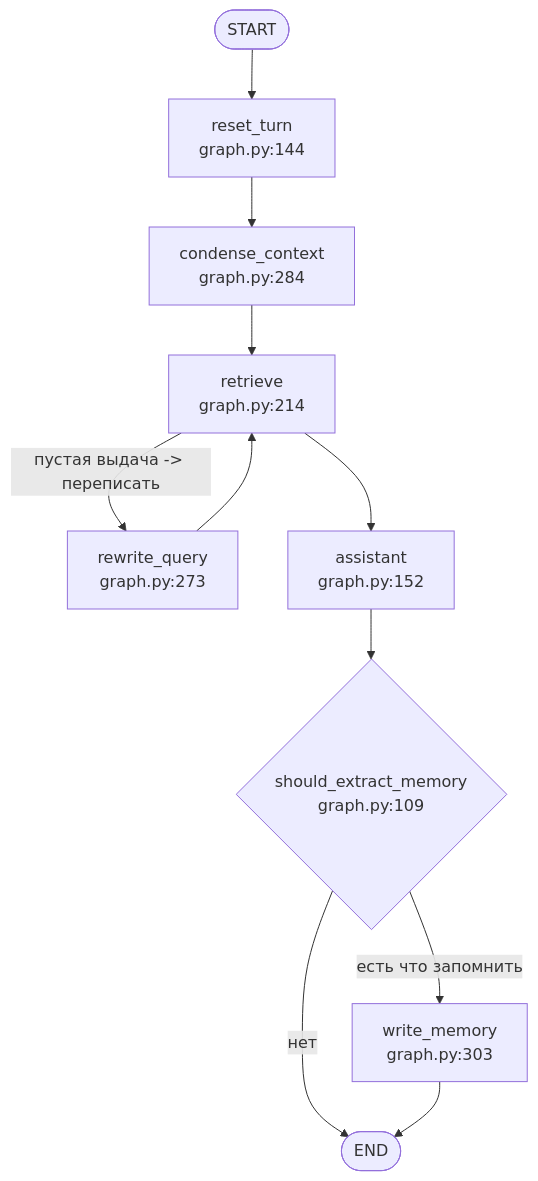
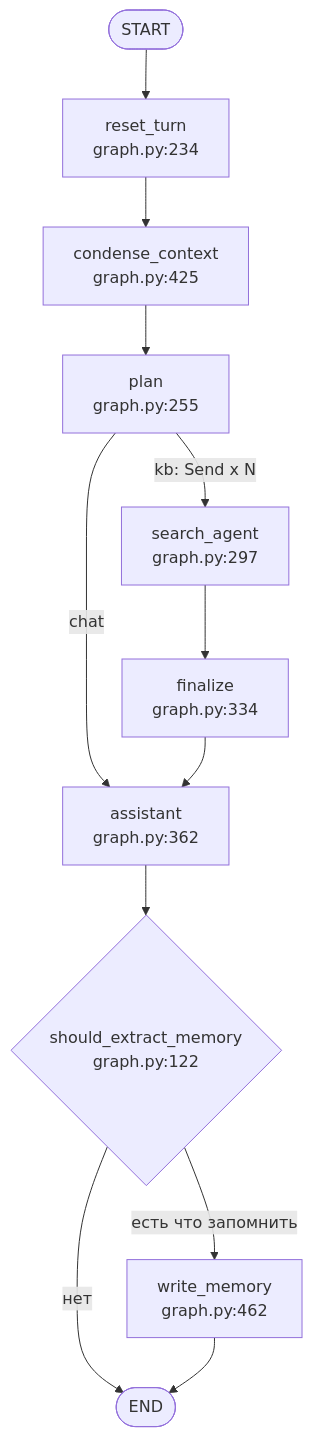
Before and after one commit to coder-smookki/GSP-Project-AIst: the diagram in docs/AGENT.md, drawn with Mermaid. The commit also changed other lines of this file and 10 other files, not shown here.

````diff
--- a/docs/AGENT.md
+++ b/docs/AGENT.md
@@ -29,15 +30,16 @@
 ```mermaid
 flowchart TD
-    S([START]) --> R[reset_turn<br/>graph.py:144]
-    R --> CC[condense_context<br/>graph.py:284]
-    CC --> RV[retrieve<br/>graph.py:214]
+    S([START]) --> R[reset_turn<br/>graph.py:234]
+    R --> CC[condense_context<br/>graph.py:425]
+    CC --> PL[plan<br/>graph.py:255]
 
-    RV -- "пустая выдача -> переписать" --> RQ[rewrite_query<br/>graph.py:273]
-    RQ --> RV
-    RV --> AS[assistant<br/>graph.py:152]
+    PL -- "chat" --> AS[assistant<br/>graph.py:362]
+    PL -- "kb: Send x N" --> SA[search_agent<br/>graph.py:297]
+    SA --> FZ[finalize<br/>graph.py:334]
+    FZ --> AS
 
-    AS --> WM{should_extract_memory<br/>graph.py:109}
-    WM -- "есть что запомнить" --> WR[write_memory<br/>graph.py:303]
+    AS --> WM{should_extract_memory<br/>graph.py:122}
+    WM -- "есть что запомнить" --> WR[write_memory<br/>graph.py:462]
     WM -- нет --> E([END])
     WR --> E([END])
 ```
````
